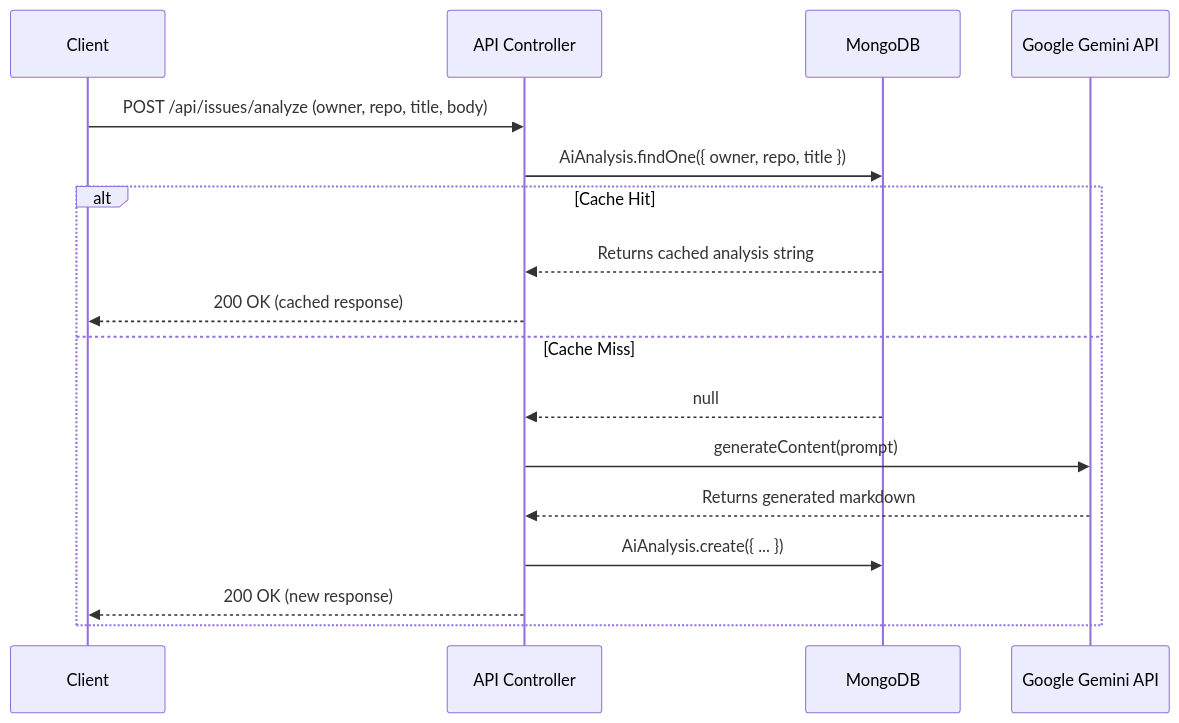
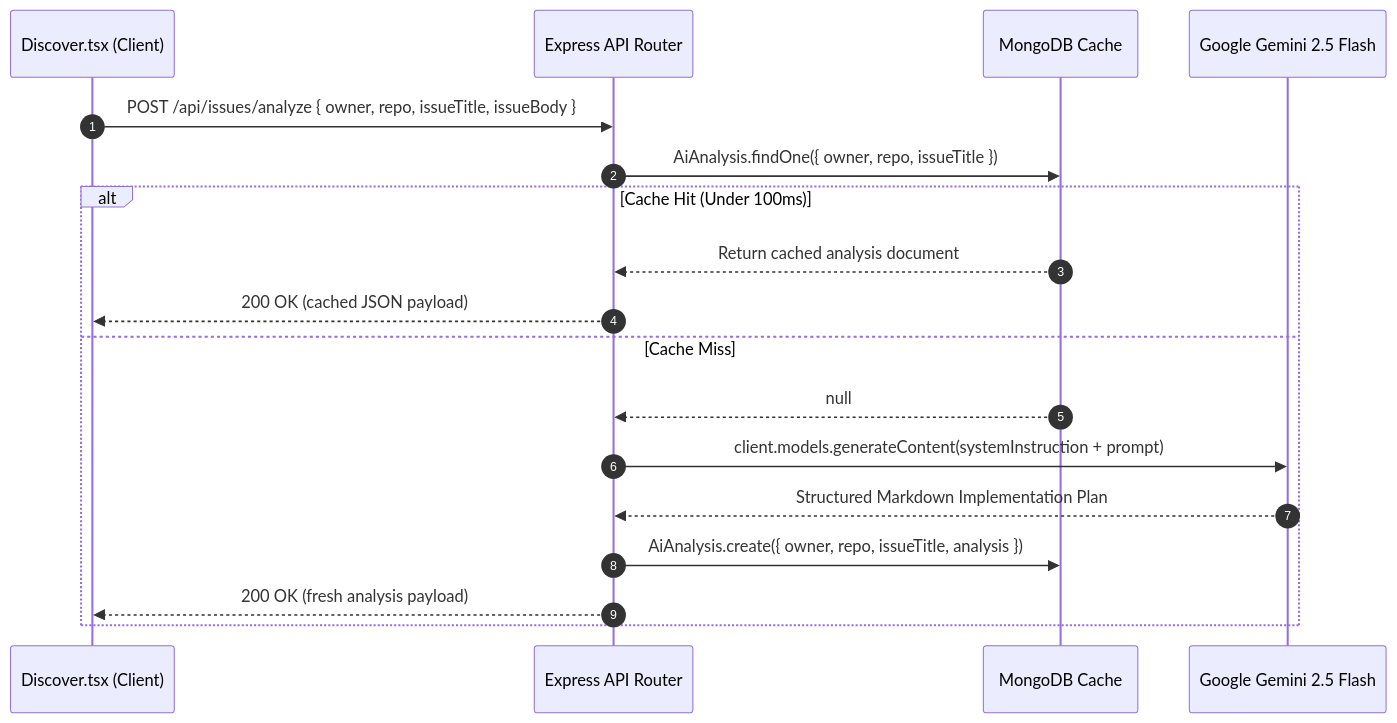
The diagram in LLD.md (mohitdebian/AlgoMerge), drawn with Mermaid before and after one commit. The commit also changed other lines of this file and 2 other files, not shown here.

````diff
--- a/LLD.md
+++ b/LLD.md
@@ -48,21 +78,21 @@
 ```mermaid
 sequenceDiagram
-    participant Client
-    participant Express as API Controller
-    participant Mongo as MongoDB
-    participant Gemini as Google Gemini API
+    autonumber
+    participant UI as Discover.tsx (Client)
+    participant API as Express API Router
+    participant Cache as MongoDB Cache
+    participant LLM as Google Gemini 2.5 Flash
 
-    Client->>Express: POST /api/issues/analyze (owner, repo, title, body)
-    Express->>Mongo: AiAnalysis.findOne({ owner, repo, title })
-    
-    alt Cache Hit
-        Mongo-->>Express: Returns cached analysis string
-        Express-->>Client: 200 OK (cached response)
+    UI->>API: POST /api/issues/analyze { owner, repo, issueTitle, issueBody }
+    API->>Cache: AiAnalysis.findOne({ owner, repo, issueTitle })
+    alt Cache Hit (Under 100ms)
+        Cache-->>API: Return cached analysis document
+        API-->>UI: 200 OK (cached JSON payload)
     else Cache Miss
-        Mongo-->>Express: null
-        Express->>Gemini: generateContent(prompt)
-        Gemini-->>Express: Returns generated markdown
-        Express->>Mongo: AiAnalysis.create({ ... })
-        Express-->>Client: 200 OK (new response)
+        Cache-->>API: null
+        API->>LLM: client.models.generateContent(systemInstruction + prompt)
+        LLM-->>API: Structured Markdown Implementation Plan
+        API->>Cache: AiAnalysis.create({ owner, repo, issueTitle, analysis })
+        API-->>UI: 200 OK (fresh analysis payload)
     end
 ```
````
